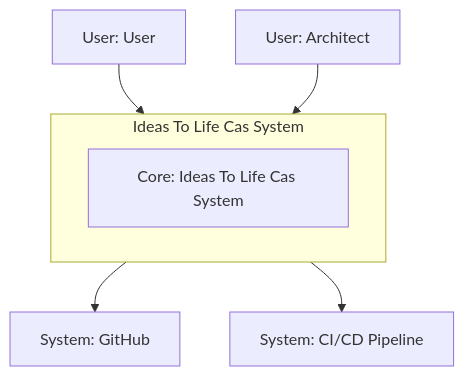
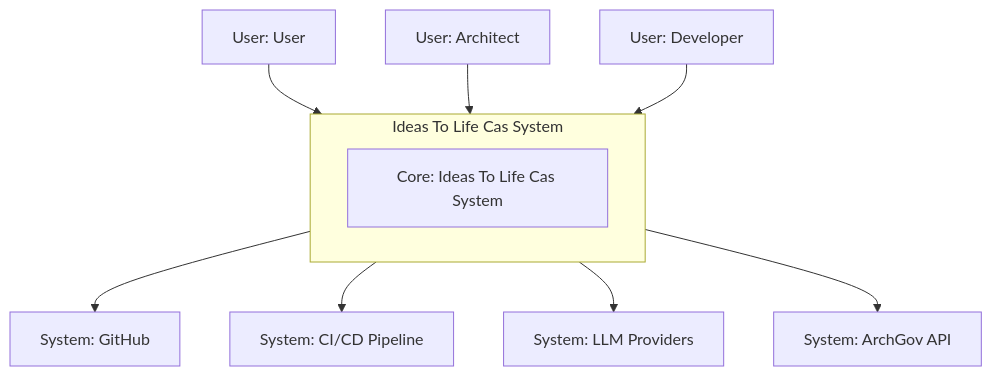
The diagram in projects/ideas-to-life-cas/architecture-state/diagrams/system-context.mmd (cas-governance-portal/cas-governance-portal.github.io), drawn with Mermaid before and after one commit. The commit also changed 66 other files, not shown here.

```diff
--- a/projects/ideas-to-life-cas/architecture-state/diagrams/system-context.mmd
+++ b/projects/ideas-to-life-cas/architecture-state/diagrams/system-context.mmd
@@ -1,12 +1,18 @@
 flowchart TD
     subgraph SysBoundary["Ideas To Life Cas System"]
         CoreSys["Core: Ideas To Life Cas System"]
     end
     Actor0["User: User"]
     Actor1["User: Architect"]
+    Actor2["User: Developer"]
     ExtSys0["System: GitHub"]
     ExtSys1["System: CI/CD Pipeline"]
+    ExtSys2["System: LLM Providers"]
+    ExtSys3["System: ArchGov API"]
     Actor0 --> SysBoundary
     Actor1 --> SysBoundary
+    Actor2 --> SysBoundary
     SysBoundary --> ExtSys0
     SysBoundary --> ExtSys1
+    SysBoundary --> ExtSys2
+    SysBoundary --> ExtSys3
```
